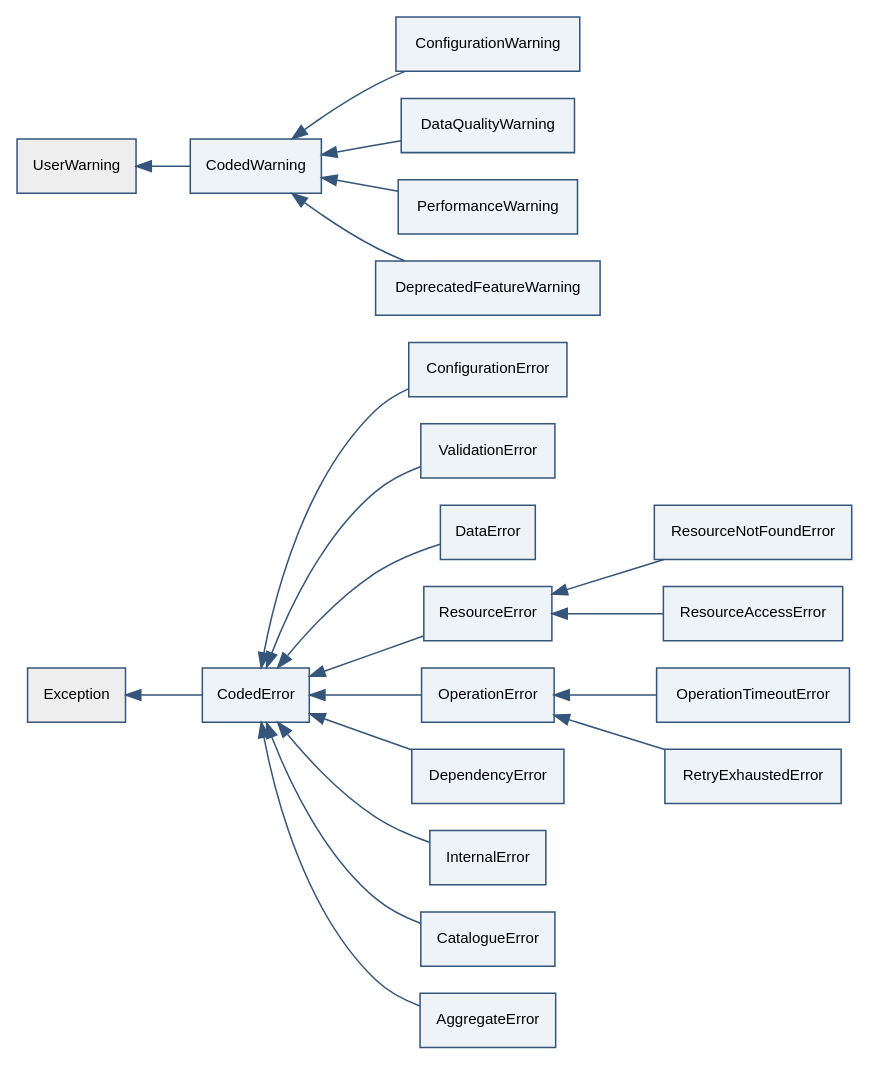
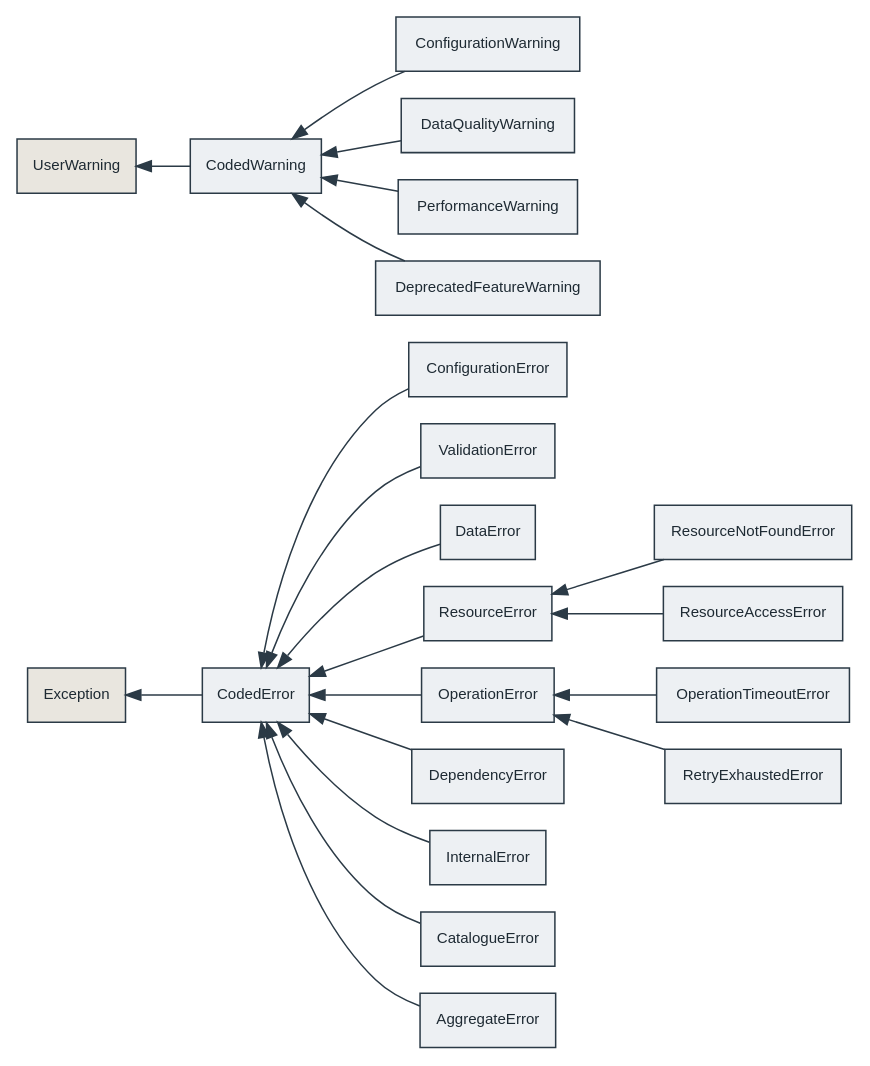
Before and after one commit to MasonicTombomb/annunciator: the diagram in docs/figures/hierarchy.dot, drawn with Graphviz. The commit also changed 105 other files, not shown here.

```diff
--- a/docs/figures/hierarchy.dot
+++ b/docs/figures/hierarchy.dot
@@ -1,10 +1,10 @@
 digraph hierarchy {
-  rankdir=LR; fontname="Helvetica"; node [fontname="Helvetica", fontsize=10, shape=box, style="filled", fillcolor="#eef3f8", color="#35557a"]; edge [color="#35557a", arrowhead=empty, dir=back];
-  Exception [fillcolor="#eeeeee"]; UserWarning [fillcolor="#eeeeee"];
+  rankdir=LR; fontname="Helvetica"; node [fontcolor="#1E2A33", fontname="Helvetica", fontsize=10, shape=box, style="filled", fillcolor="#EDF0F3", color="#2B3A46"]; edge [fontcolor="#1E2A33", color="#2B3A46", arrowhead=empty, dir=back];
+  Exception [fillcolor="#E9E6DF"]; UserWarning [fillcolor="#E9E6DF"];
   Exception -> CodedError;
   CodedError -> ConfigurationError; CodedError -> ValidationError; CodedError -> DataError;
   CodedError -> ResourceError; ResourceError -> ResourceNotFoundError; ResourceError -> ResourceAccessError;
   CodedError -> OperationError; OperationError -> OperationTimeoutError; OperationError -> RetryExhaustedError;
   CodedError -> DependencyError; CodedError -> InternalError; CodedError -> CatalogueError; CodedError -> AggregateError;
   UserWarning -> CodedWarning; CodedWarning -> ConfigurationWarning; CodedWarning -> DataQualityWarning; CodedWarning -> PerformanceWarning; CodedWarning -> DeprecatedFeatureWarning;
 }
```
